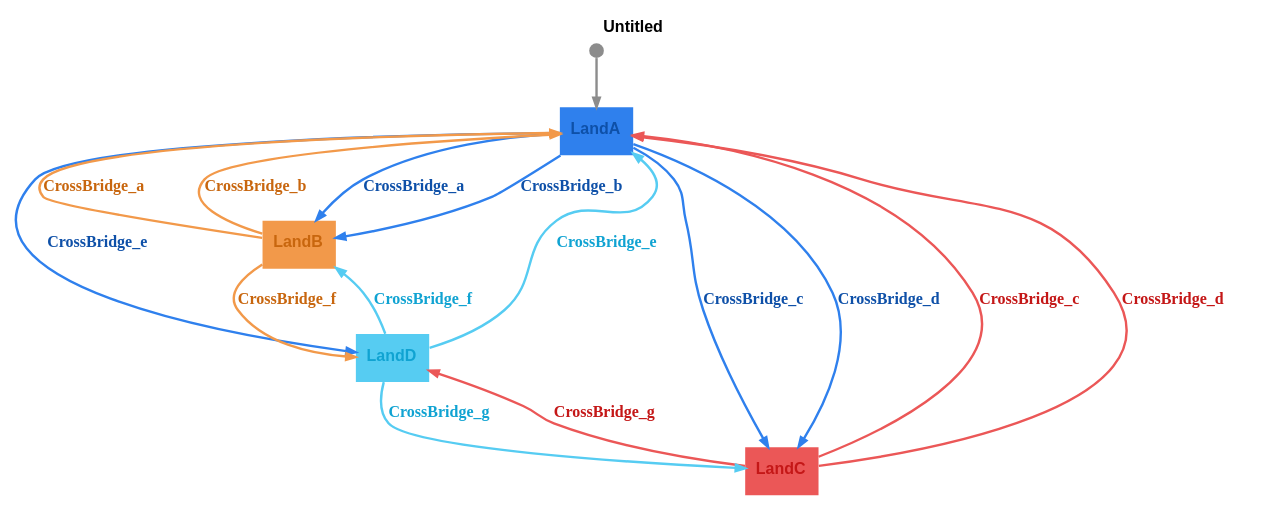
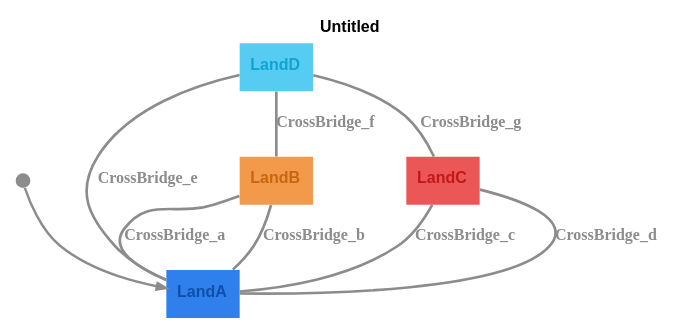
Before and after one commit to m-bock/purescript-transit: the diagram in graphs/bridges-koenigsberg.dot, drawn with Graphviz. The commit also changed 4 other files, not shown here.

Commit message:
Refactor Graphviz generation for bridges visualization to support undirected edges. Update DOT and SVG representations to enhance clarity in state transitions. Remove deprecated Transit.Tmp module to streamline the codebase.

```diff
--- a/graphs/bridges-koenigsberg.dot
+++ b/graphs/bridges-koenigsberg.dot
@@ -1,24 +1,17 @@
 digraph 
 {
 rankdir = "TD";fontname = "Arial";label = <<b>Untitled</b>>;labelloc = "t";fontsize = 12
 LandA [shape = "box", label = <<b>LandA</b>>, fontsize = 12, style = "filled", fillcolor = "#2f80ed", fontcolor = "#0e50a8", fontname = "Arial", labelloc = "c", penwidth = 0.0]
 __Start__ [shape = "circle", label = "", width = 0.15, height = 0.15, fixedsize = true, style = "filled", fillcolor = "#8c8c8c", penwidth = 0.0]
 __Start__ -> LandA [color = "#8c8c8c", fontsize = 12, arrowsize = "0.7", penwidth = 1.8]
-LandA -> LandB [color = "#2f80ed", fontcolor = "#0e50a8", fontsize = 12, arrowsize = "0.7", label = <<b>CrossBridge_a</b>>, penwidth = 1.8]
-LandA -> LandB [color = "#2f80ed", fontcolor = "#0e50a8", fontsize = 12, arrowsize = "0.7", label = <<b>CrossBridge_b</b>>, penwidth = 1.8]
-LandA -> LandC [color = "#2f80ed", fontcolor = "#0e50a8", fontsize = 12, arrowsize = "0.7", label = <<b>CrossBridge_c</b>>, penwidth = 1.8]
-LandA -> LandC [color = "#2f80ed", fontcolor = "#0e50a8", fontsize = 12, arrowsize = "0.7", label = <<b>CrossBridge_d</b>>, penwidth = 1.8]
-LandA -> LandD [color = "#2f80ed", fontcolor = "#0e50a8", fontsize = 12, arrowsize = "0.7", label = <<b>CrossBridge_e</b>>, penwidth = 1.8]
 LandB [shape = "box", label = <<b>LandB</b>>, fontsize = 12, style = "filled", fillcolor = "#f2994a", fontcolor = "#c8660e", fontname = "Arial", labelloc = "c", penwidth = 0.0]
-LandB -> LandA [color = "#f2994a", fontcolor = "#c8660e", fontsize = 12, arrowsize = "0.7", label = <<b>CrossBridge_a</b>>, penwidth = 1.8]
-LandB -> LandA [color = "#f2994a", fontcolor = "#c8660e", fontsize = 12, arrowsize = "0.7", label = <<b>CrossBridge_b</b>>, penwidth = 1.8]
-LandB -> LandD [color = "#f2994a", fontcolor = "#c8660e", fontsize = 12, arrowsize = "0.7", label = <<b>CrossBridge_f</b>>, penwidth = 1.8]
+LandB -> LandA [color = "#8c8c8c", fontcolor = "#8c8c8c", fontsize = 12, label = <<b>CrossBridge_a</b>>, arrowsize = "1.5", penwidth = 2.0, dir = "both", arrowhead = "none", arrowtail = "none"]
+LandB -> LandA [color = "#8c8c8c", fontcolor = "#8c8c8c", fontsize = 12, label = <<b>CrossBridge_b</b>>, arrowsize = "1.5", penwidth = 2.0, dir = "both", arrowhead = "none", arrowtail = "none"]
 LandC [shape = "box", label = <<b>LandC</b>>, fontsize = 12, style = "filled", fillcolor = "#eb5757", fontcolor = "#c41717", fontname = "Arial", labelloc = "c", penwidth = 0.0]
-LandC -> LandA [color = "#eb5757", fontcolor = "#c41717", fontsize = 12, arrowsize = "0.7", label = <<b>CrossBridge_c</b>>, penwidth = 1.8]
-LandC -> LandA [color = "#eb5757", fontcolor = "#c41717", fontsize = 12, arrowsize = "0.7", label = <<b>CrossBridge_d</b>>, penwidth = 1.8]
-LandC -> LandD [color = "#eb5757", fontcolor = "#c41717", fontsize = 12, arrowsize = "0.7", label = <<b>CrossBridge_g</b>>, penwidth = 1.8]
+LandC -> LandA [color = "#8c8c8c", fontcolor = "#8c8c8c", fontsize = 12, label = <<b>CrossBridge_c</b>>, arrowsize = "1.5", penwidth = 2.0, dir = "both", arrowhead = "none", arrowtail = "none"]
+LandC -> LandA [color = "#8c8c8c", fontcolor = "#8c8c8c", fontsize = 12, label = <<b>CrossBridge_d</b>>, arrowsize = "1.5", penwidth = 2.0, dir = "both", arrowhead = "none", arrowtail = "none"]
 LandD [shape = "box", label = <<b>LandD</b>>, fontsize = 12, style = "filled", fillcolor = "#56ccf2", fontcolor = "#10a3d2", fontname = "Arial", labelloc = "c", penwidth = 0.0]
-LandD -> LandA [color = "#56ccf2", fontcolor = "#10a3d2", fontsize = 12, arrowsize = "0.7", label = <<b>CrossBridge_e</b>>, penwidth = 1.8]
-LandD -> LandB [color = "#56ccf2", fontcolor = "#10a3d2", fontsize = 12, arrowsize = "0.7", label = <<b>CrossBridge_f</b>>, penwidth = 1.8]
-LandD -> LandC [color = "#56ccf2", fontcolor = "#10a3d2", fontsize = 12, arrowsize = "0.7", label = <<b>CrossBridge_g</b>>, penwidth = 1.8]
+LandD -> LandA [color = "#8c8c8c", fontcolor = "#8c8c8c", fontsize = 12, label = <<b>CrossBridge_e</b>>, arrowsize = "1.5", penwidth = 2.0, dir = "both", arrowhead = "none", arrowtail = "none"]
+LandD -> LandB [color = "#8c8c8c", fontcolor = "#8c8c8c", fontsize = 12, label = <<b>CrossBridge_f</b>>, arrowsize = "1.5", penwidth = 2.0, dir = "both", arrowhead = "none", arrowtail = "none"]
+LandD -> LandC [color = "#8c8c8c", fontcolor = "#8c8c8c", fontsize = 12, label = <<b>CrossBridge_g</b>>, arrowsize = "1.5", penwidth = 2.0, dir = "both", arrowhead = "none", arrowtail = "none"]
 }
```
